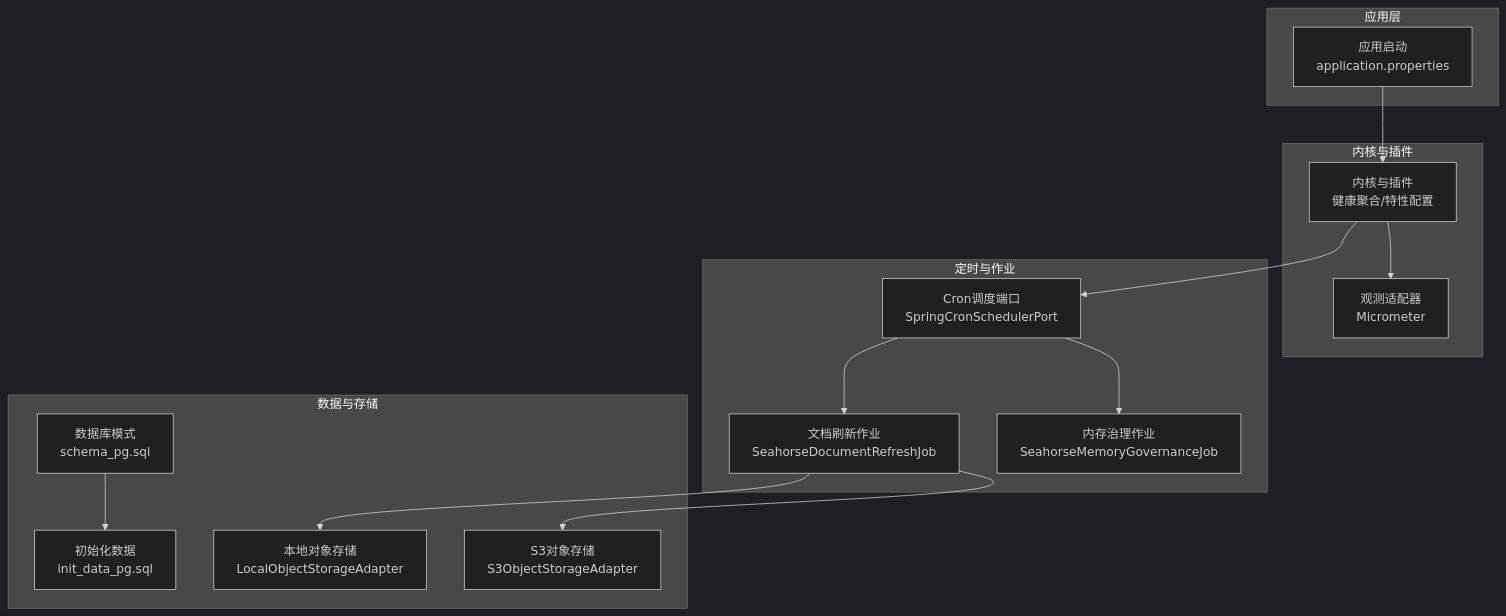
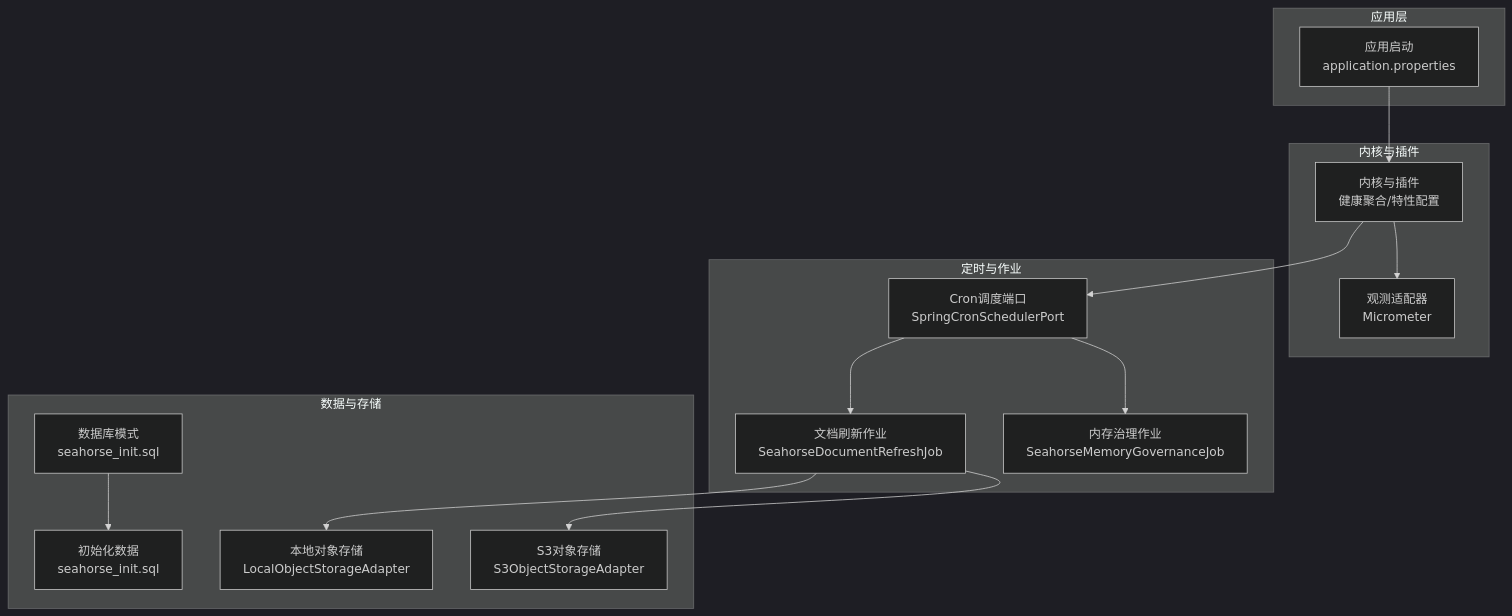
One commit to onceMisery/seahorse-agent changed the first of 7 diagrams in docs/zh/content/监控运维/备份恢复.md. Above: the diagram before and after it, drawn with Mermaid (dark theme). The commit also changed other lines of this file and 31 other files, not shown here.

First line of the commit message:
refactor: merge all DDL into seahorse_init.sql, delete redundant scripts

````diff
--- a/docs/zh/content/监控运维/备份恢复.md
+++ b/docs/zh/content/监控运维/备份恢复.md
@@ -44,29 +44,29 @@
 ```mermaid
 graph TB
 subgraph "应用层"
 APP["应用启动<br/>application.properties"]
 end
 subgraph "内核与插件"
 KERNEL["内核与插件<br/>健康聚合/特性配置"]
 OBS["观测适配器<br/>Micrometer"]
 end
 subgraph "数据与存储"
-DBSCHEMA["数据库模式<br/>schema_pg.sql"]
-INITDATA["初始化数据<br/>init_data_pg.sql"]
+DBSCHEMA["数据库模式<br/>seahorse_init.sql"]
+INITDATA["初始化数据<br/>seahorse_init.sql"]
 OBJSTORE_LOCAL["本地对象存储<br/>LocalObjectStorageAdapter"]
 OBJSTORE_S3["S3对象存储<br/>S3ObjectStorageAdapter"]
 end
 subgraph "定时与作业"
 CRON["Cron调度端口<br/>SpringCronSchedulerPort"]
 DOCREFRESH["文档刷新作业<br/>SeahorseDocumentRefreshJob"]
 MEMGOV["内存治理作业<br/>SeahorseMemoryGovernanceJob"]
 end
 APP --> KERNEL
 KERNEL --> OBS
 KERNEL --> CRON
 CRON --> DOCREFRESH
 CRON --> MEMGOV
 DOCREFRESH --> OBJSTORE_LOCAL
 DOCREFRESH --> OBJSTORE_S3
 DBSCHEMA --> INITDATA
 ```
````
